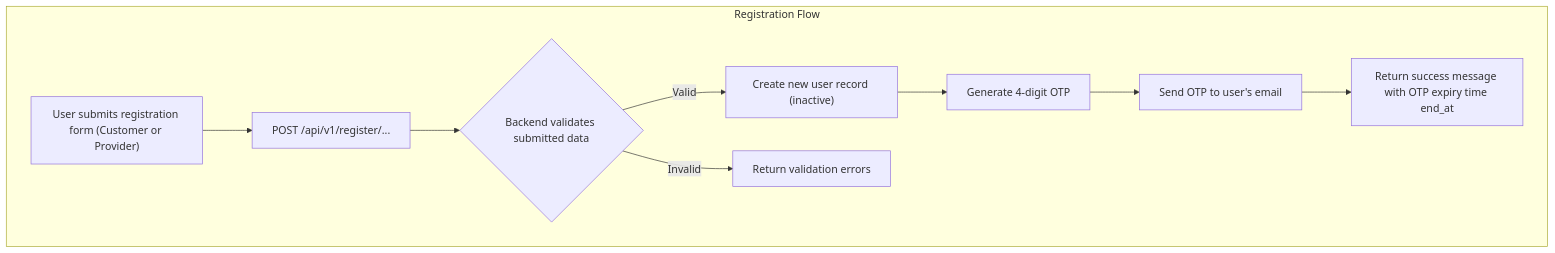
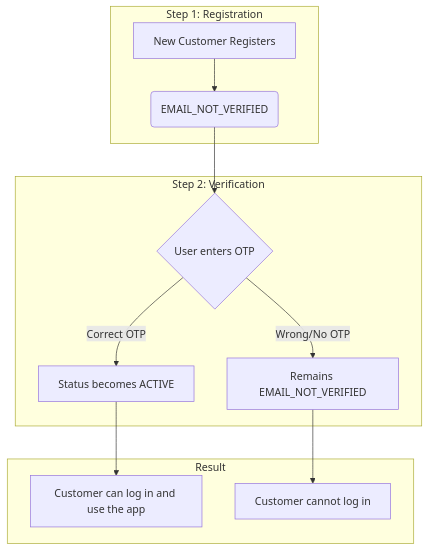
Before and after one commit to khalidgxg/brooder-doc: the second of 2 diagrams in docs/workflows/auth/registration.md, drawn with Mermaid. The commit also changed other lines of this file and 1 other file, not shown here.

````diff
--- a/docs/workflows/auth/registration.md
+++ b/docs/workflows/auth/registration.md
@@ -9,12 +110,17 @@
 ```mermaid
-graph TD;
-    subgraph "Registration Flow"
-        A["User submits registration form (Customer or Provider)"] --> B["POST /api/v1/register/..."];
-        B --> C{"Backend validates submitted data"};
-        C -- Valid --> D["Create new user record (inactive)"];
-        D --> E["Generate 4-digit OTP"];
-        E --> F["Send OTP to user's email"];
-        F --> G["Return success message with OTP expiry time end_at"];
-        C -- Invalid --> H["Return validation errors"];
+graph TD
+    subgraph "Step 1: Registration"
+        A["New Customer Registers"] --> B("EMAIL_NOT_VERIFIED");
+    end
+
+    subgraph "Step 2: Verification"
+        B --> C{"User enters OTP"};
+        C --> |"Correct OTP"| D["Status becomes ACTIVE"];
+        C --> |"Wrong/No OTP"| E["Remains EMAIL_NOT_VERIFIED"];
+    end
+
+    subgraph "Result"
+        D --> F["Customer can log in and use the app"];
+        E --> G["Customer cannot log in"];
     end
 ```
````
